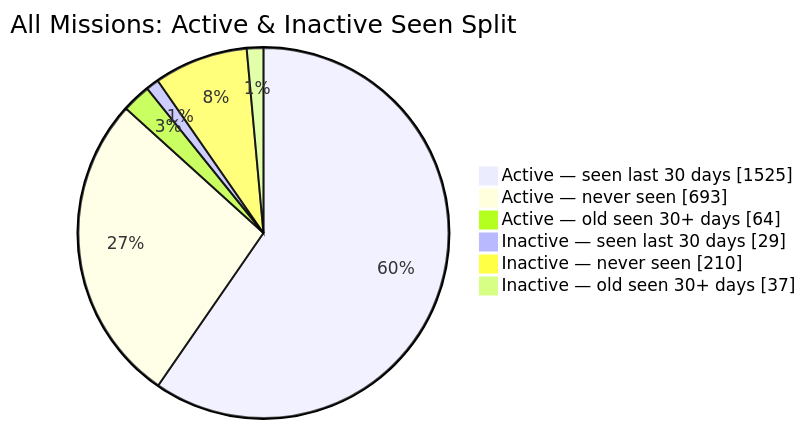
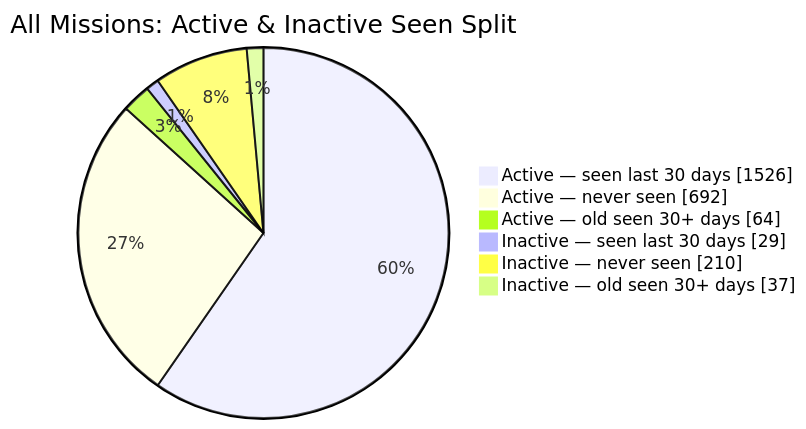
The second of 2 diagrams in README.md (MeldkamerspelGameTeam/active-missions), drawn with Mermaid before and after one commit. The commit also changed other lines of this file and 2 other files, not shown here.

````diff
--- a/README.md
+++ b/README.md
@@ -44,10 +44,10 @@
 ```mermaid
 pie showData
     title All Missions: Active & Inactive Seen Split
-    "Active — seen last 30 days" : 1525
-    "Active — never seen" : 693
+    "Active — seen last 30 days" : 1526
+    "Active — never seen" : 692
     "Active — old seen 30+ days" : 64
     "Inactive — seen last 30 days" : 29
     "Inactive — never seen" : 210
     "Inactive — old seen 30+ days" : 37
 ```
````
